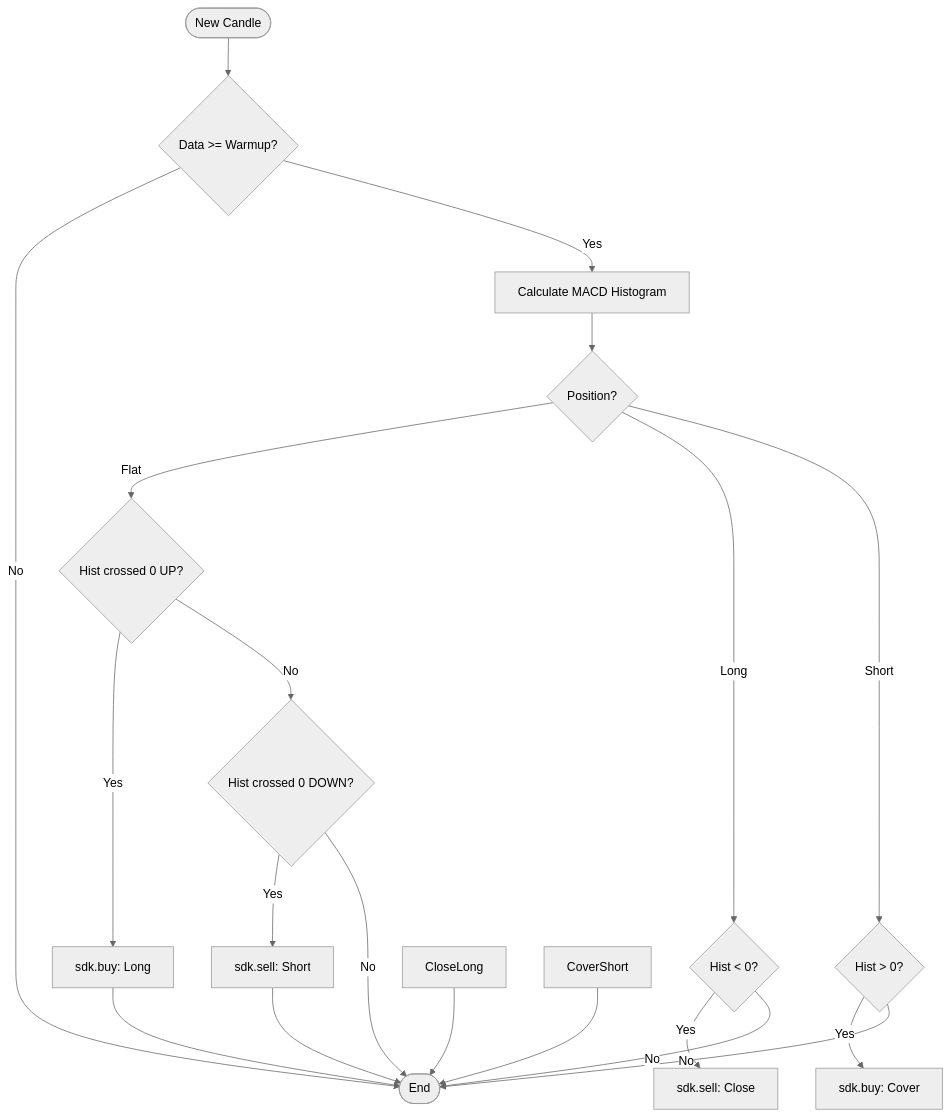
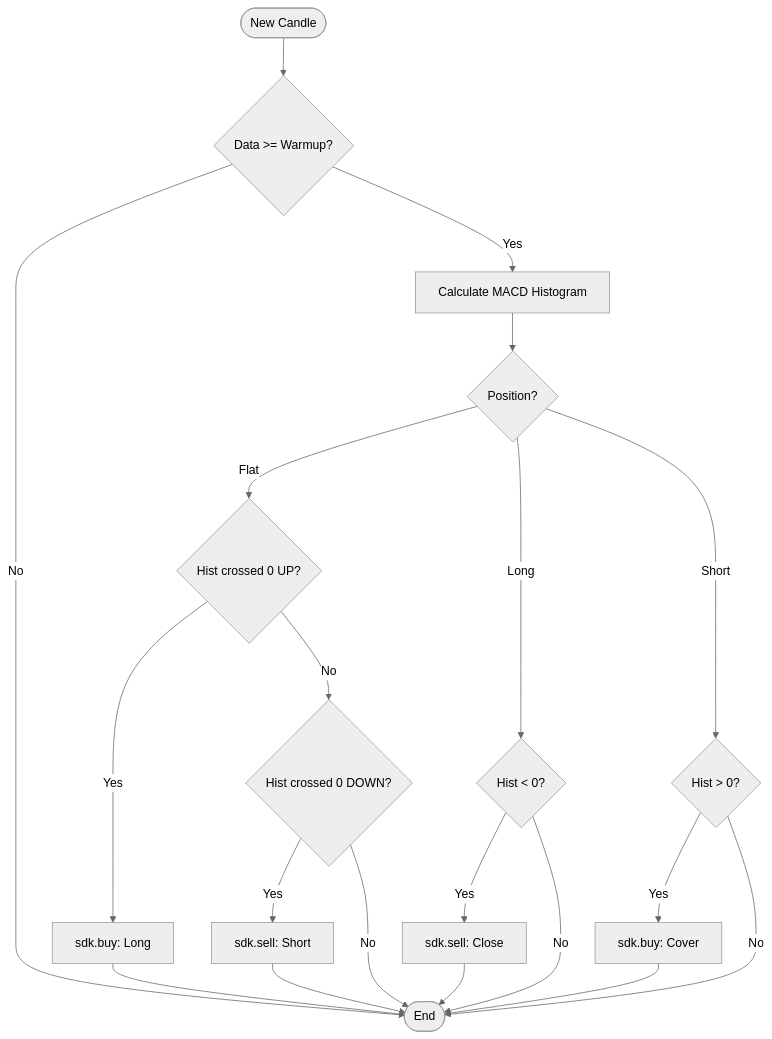
One commit to tesstrade/tesstrade-docs changed the diagram in gitbook/strategies/macd-momentum.md. Above: the diagram before and after it, drawn with Mermaid (neutral theme). The commit also changed other lines of this file and 11 other files, not shown here.

````diff
--- a/gitbook/strategies/macd-momentum.md
+++ b/gitbook/strategies/macd-momentum.md
@@ -52,26 +59,26 @@
 ```mermaid
 graph TD
     Start([New Candle]) --> CheckData{Data >= Warmup?}
     CheckData -- No --> End([End])
     CheckData -- Yes --> Calc[Calculate MACD Histogram]
     Calc --> Position{Position?}
     
     Position -- Flat --> CrossUp{Hist crossed 0 UP?}
     CrossUp -- Yes --> Buy[sdk.buy: Long]
     CrossUp -- No --> CrossDown{Hist crossed 0 DOWN?}
     CrossDown -- Yes --> Sell[sdk.sell: Short]
     CrossDown -- No --> End
     
     Position -- Long --> ExitL{Hist < 0?}
     ExitL -- Yes --> CloseL[sdk.sell: Close]
     ExitL -- No --> End
     
     Position -- Short --> ExitS{Hist > 0?}
     ExitS -- Yes --> CoverS[sdk.buy: Cover]
     ExitS -- No --> End
 
     Buy --> End
     Sell --> End
-    CloseLong --> End
-    CoverShort --> End
+    CloseL --> End
+    CoverS --> End
 ```
````
